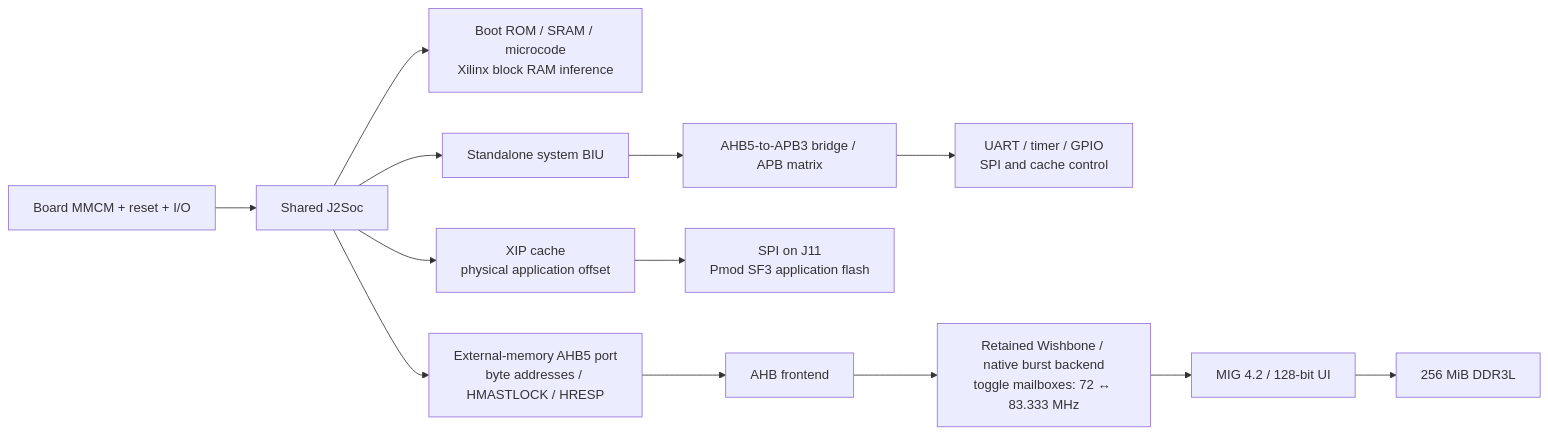
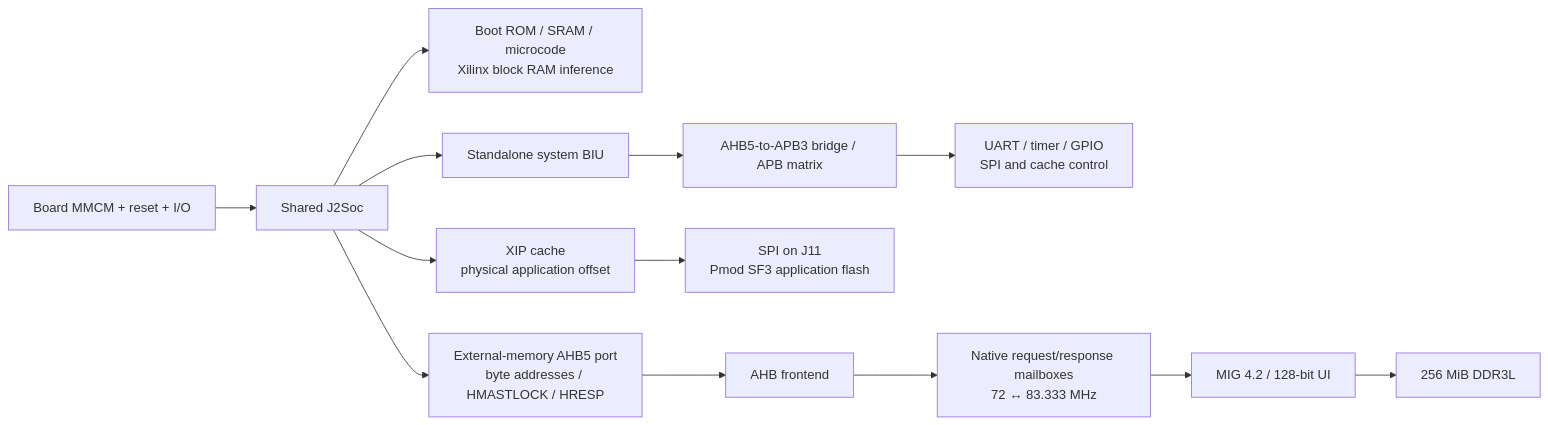
The first of 3 diagrams in docs/wukong-v1.md (PreviousVOD/VexJ2), drawn with Mermaid before and after one commit. The commit also changed other lines of this file and 123 other files, not shown here.

````diff
--- a/docs/wukong-v1.md
+++ b/docs/wukong-v1.md
@@ -84,15 +88,15 @@
 ```mermaid
 flowchart LR
   P["Board MMCM + reset + I/O"] --> S["Shared J2Soc"]
   S --> R["Boot ROM / SRAM / microcode<br/>Xilinx block RAM inference"]
   S --> BIU["Standalone system BIU"]
   BIU --> APB["AHB5-to-APB3 bridge / APB matrix"]
   APB --> U["UART / timer / GPIO<br/>SPI and cache control"]
   S --> C["XIP cache<br/>physical application offset"]
   C --> F["SPI on J11<br/>Pmod SF3 application flash"]
   S --> B["External-memory AHB5 port<br/>byte addresses / HMASTLOCK / HRESP"]
   B --> FRONT["AHB frontend"]
-  FRONT --> E["Retained Wishbone / native burst backend<br/>toggle mailboxes: 72 ↔ 83.333 MHz"]
+  FRONT --> E["Native request/response mailboxes<br/>72 ↔ 83.333 MHz"]
   E --> M["MIG 4.2 / 128-bit UI"]
   M --> D["256 MiB DDR3L"]
 ```
````
